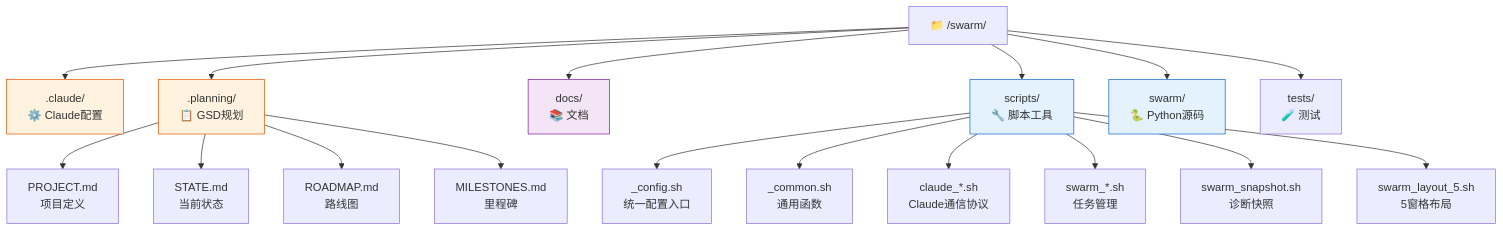
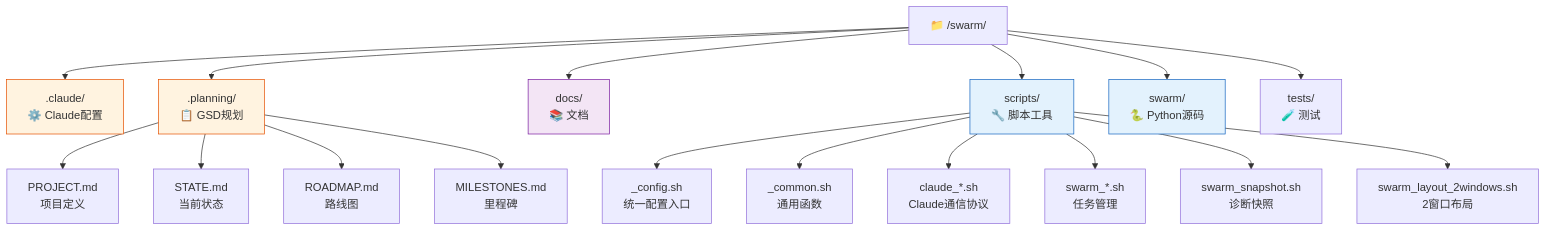
Before and after one commit to synergy0422/swarm: the fifth of 8 diagrams in docs/ARCHITECTURE.md, drawn with Mermaid. The commit also changed other lines of this file and 3 other files, not shown here.

````diff
--- a/docs/ARCHITECTURE.md
+++ b/docs/ARCHITECTURE.md
@@ -164,31 +164,31 @@
 ```mermaid
 graph TD
     ROOT["📁 /swarm/"]
 
     ROOT --> C1[".claude/<br/>⚙️ Claude配置"]
     ROOT --> C2[".planning/<br/>📋 GSD规划"]
     ROOT --> C3["docs/<br/>📚 文档"]
     ROOT --> C4["scripts/<br/>🔧 脚本工具"]
     ROOT --> C5["swarm/<br/>🐍 Python源码"]
     ROOT --> C6["tests/<br/>🧪 测试"]
 
     C4 --> S1["_config.sh<br/>统一配置入口"]
     C4 --> S2["_common.sh<br/>通用函数"]
     C4 --> S3["claude_*.sh<br/>Claude通信协议"]
     C4 --> S4["swarm_*.sh<br/>任务管理"]
     C4 --> S5["swarm_snapshot.sh<br/>诊断快照"]
-    C4 --> S6["swarm_layout_5.sh<br/>5窗格布局"]
+    C4 --> S6["swarm_layout_2windows.sh<br/>2窗口布局"]
 
     C2 --> P1["PROJECT.md<br/>项目定义"]
     C2 --> P2["STATE.md<br/>当前状态"]
     C2 --> P3["ROADMAP.md<br/>路线图"]
     C2 --> P4["MILESTONES.md<br/>里程碑"]
 
     classDef config fill:#fff3e0,stroke:#e65100
     classDef core fill:#e3f2fd,stroke:#1565c0
     classDef docs fill:#f3e5f5,stroke:#7b1fa2
 
     class C1,C2 config
     class C4,C5 core
     class C3 docs
 ```
````
